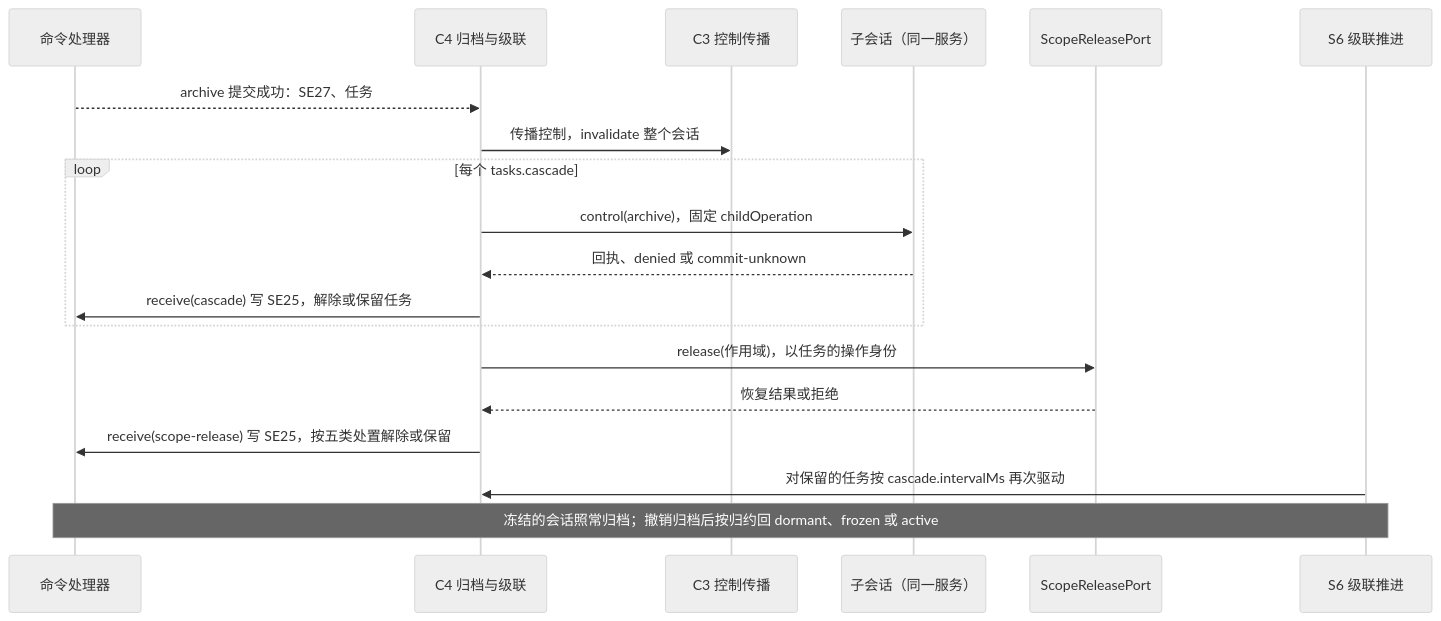
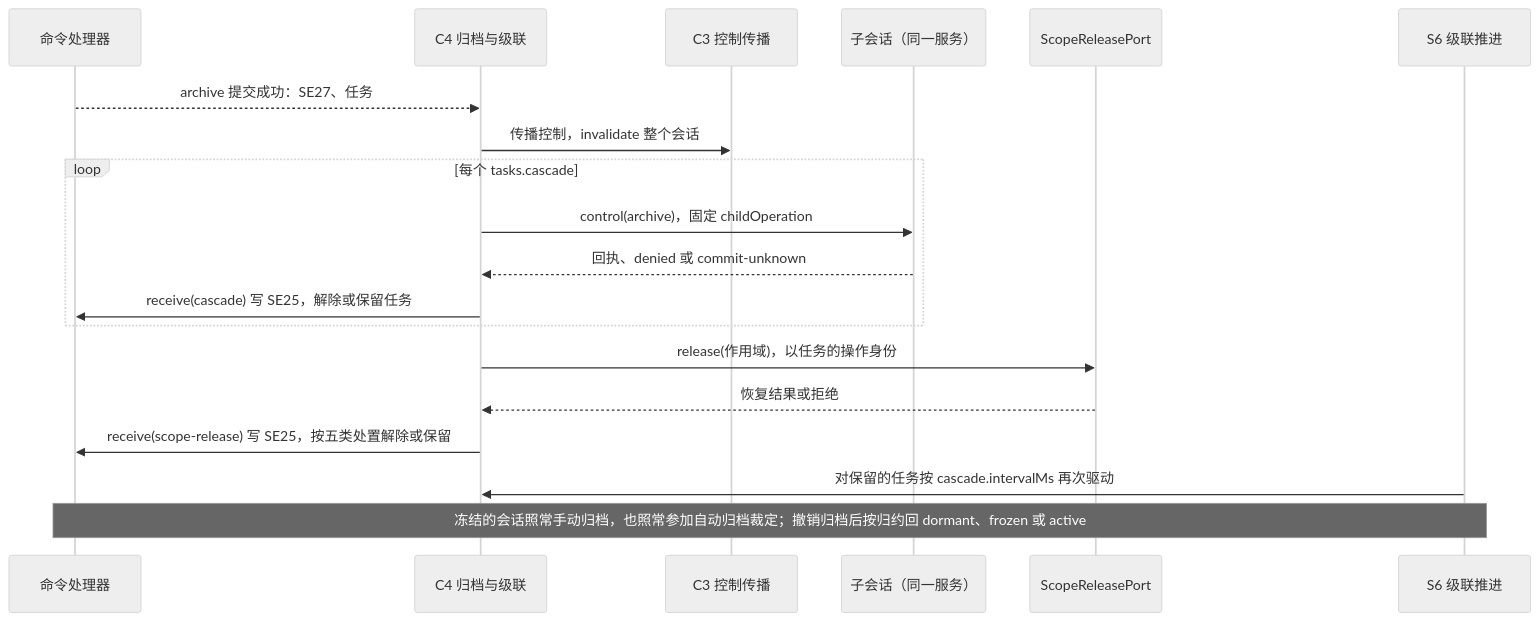
One commit to nemori-ai/omne-harness-lite changed the eighth of 17 diagrams in packages/session/session/docs/flows.md. Above: the diagram before and after it, drawn with Mermaid (neutral theme). The commit also changed other lines of this file and 3 other files, not shown here.

````diff
--- a/packages/session/session/docs/flows.md
+++ b/packages/session/session/docs/flows.md
@@ -214,21 +217,21 @@
 ```mermaid
 sequenceDiagram
     participant CP as 命令处理器
     participant C4 as C4 归档与级联
     participant C3 as C3 控制传播
     participant Child as 子会话（同一服务）
     participant SR as ScopeReleasePort
     participant S6 as S6 级联推进
     CP-->>C4: archive 提交成功：SE27、任务
     C4->>C3: 传播控制，invalidate 整个会话
     loop 每个 tasks.cascade
         C4->>Child: control(archive)，固定 childOperation
         Child-->>C4: 回执、denied 或 commit-unknown
         C4->>CP: receive(cascade) 写 SE25，解除或保留任务
     end
     C4->>SR: release(作用域)，以任务的操作身份
     SR-->>C4: 恢复结果或拒绝
     C4->>CP: receive(scope-release) 写 SE25，按五类处置解除或保留
     S6->>C4: 对保留的任务按 cascade.intervalMs 再次驱动
-    Note over CP,S6: 冻结的会话照常归档；撤销归档后按归约回 dormant、frozen 或 active
+    Note over CP,S6: 冻结的会话照常手动归档，也照常参加自动归档裁定；撤销归档后按归约回 dormant、frozen 或 active
 ```
````
